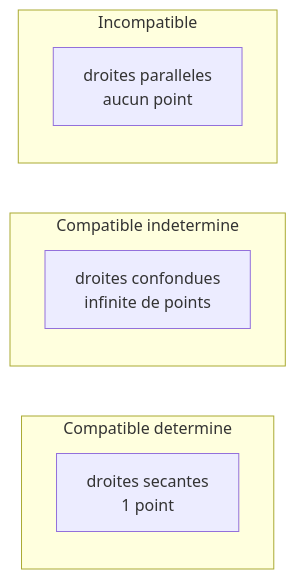
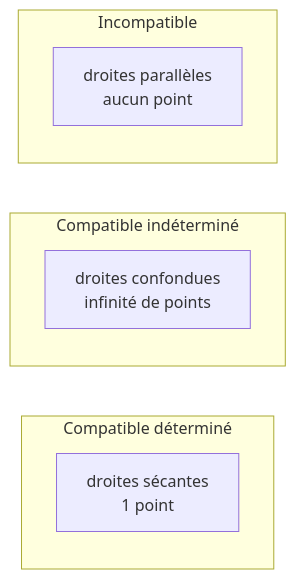
Before and after one commit to tanguychenier/Mathematiques-pour-le-Machine-Learning: the first of 3 diagrams in chapitres/02-algebre-lineaire.md, drawn with Mermaid. The commit also changed other lines of this file and 7 other files, not shown here.

````diff
--- a/chapitres/02-algebre-lineaire.md
+++ b/chapitres/02-algebre-lineaire.md
@@ -61,12 +61,12 @@
 ```mermaid
 graph LR
-    subgraph "Compatible determine"
-    A1["droites secantes<br/>1 point"]
+    subgraph "Compatible déterminé"
+    A1["droites sécantes<br/>1 point"]
     end
-    subgraph "Compatible indetermine"
-    A2["droites confondues<br/>infinite de points"]
+    subgraph "Compatible indéterminé"
+    A2["droites confondues<br/>infinité de points"]
     end
     subgraph "Incompatible"
-    A3["droites paralleles<br/>aucun point"]
+    A3["droites parallèles<br/>aucun point"]
     end
 ```
````
